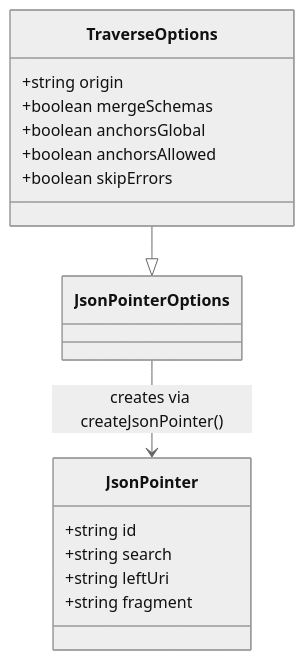
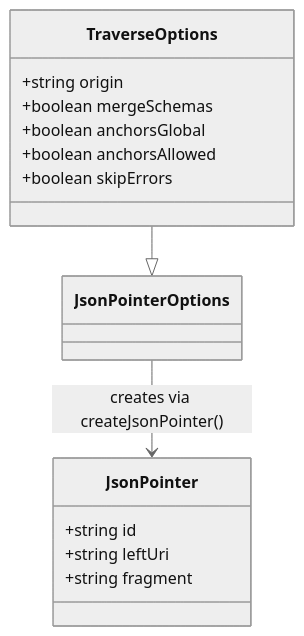
Before and after one commit to jklarenbeek/jarenjs: the tenth of 18 diagrams in packages/validate/ARCHITECTURE.md, drawn with Mermaid (neutral theme). The commit also changed other lines of this file and 11 other files, not shown here.

````diff
--- a/packages/validate/ARCHITECTURE.md
+++ b/packages/validate/ARCHITECTURE.md
@@ -743,20 +759,19 @@
 ```mermaid
 classDiagram
     class TraverseOptions {
         +string origin
         +boolean mergeSchemas
         +boolean anchorsGlobal
         +boolean anchorsAllowed
         +boolean skipErrors
     }
 
     class JsonPointer {
         +string id
-        +string search
         +string leftUri
         +string fragment
     }
 
     TraverseOptions --|> JsonPointerOptions
     JsonPointerOptions --> JsonPointer : creates via createJsonPointer()
 ```
````
